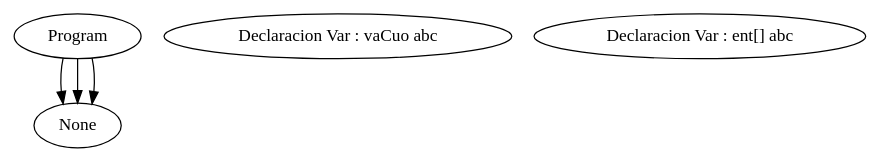
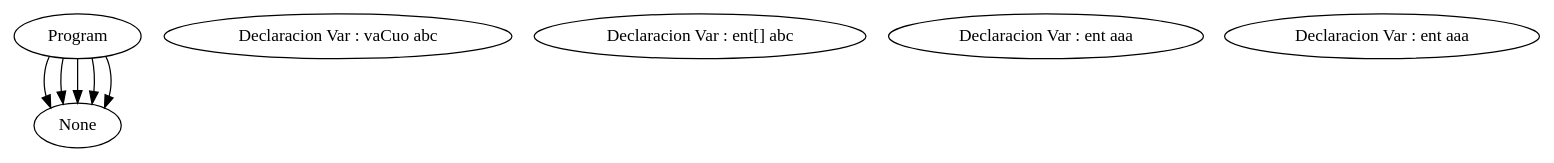
One commit to lancal/TallerCompiladores2018 changed the diagram in tree2.dot. Above: the diagram before and after it, drawn with Graphviz. The commit also changed 10 other files, not shown here.

```diff
--- a/tree2.dot
+++ b/tree2.dot
@@ -1,9 +1,13 @@
 digraph G {
 1[label= "Declaracion Var : VACUO abc" ];
 	1->None
 	2[label= "Declaracion Var : vaCuo abc" ];
 	1->None
 	3[label= "Declaracion Var : ent[] abc" ];
 	1->None
+	4[label= "Declaracion Var : ent aaa" ];
+	1->None
+	5[label= "Declaracion Var : ent aaa" ];
+	1->None
 	1[label= Program ];
 	}
```
